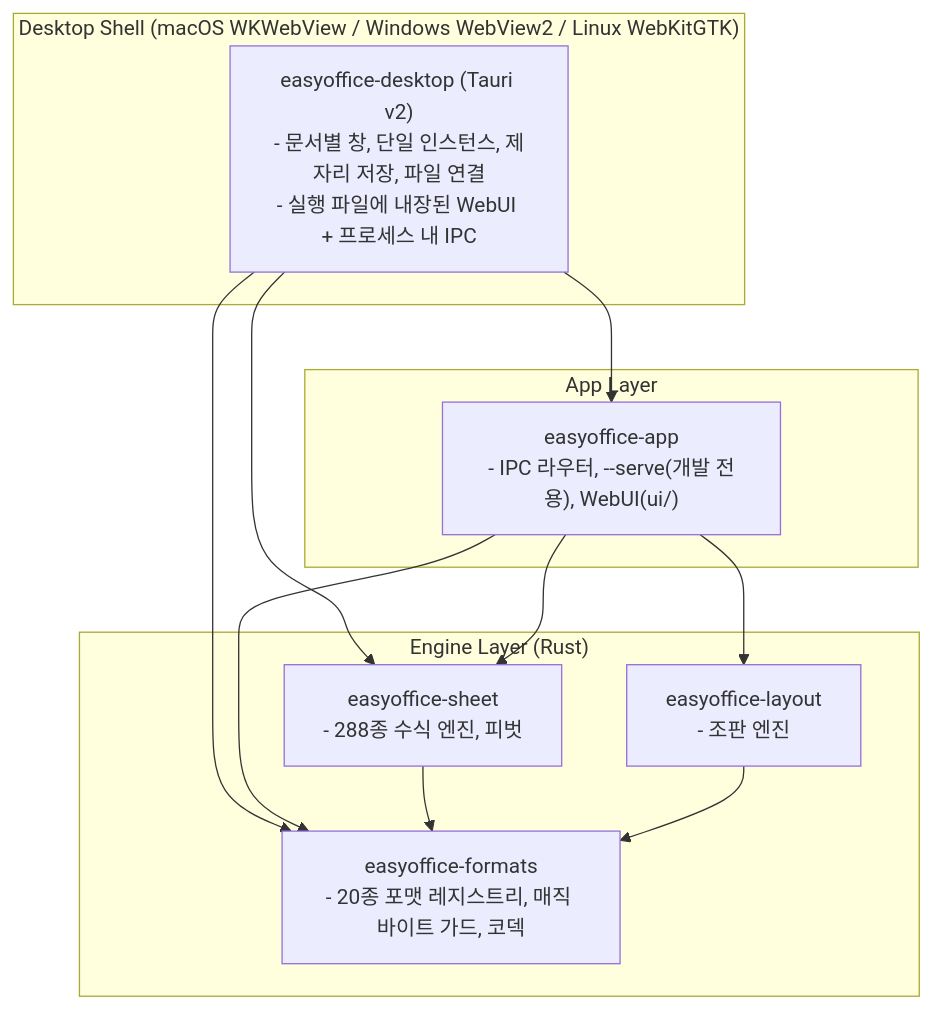
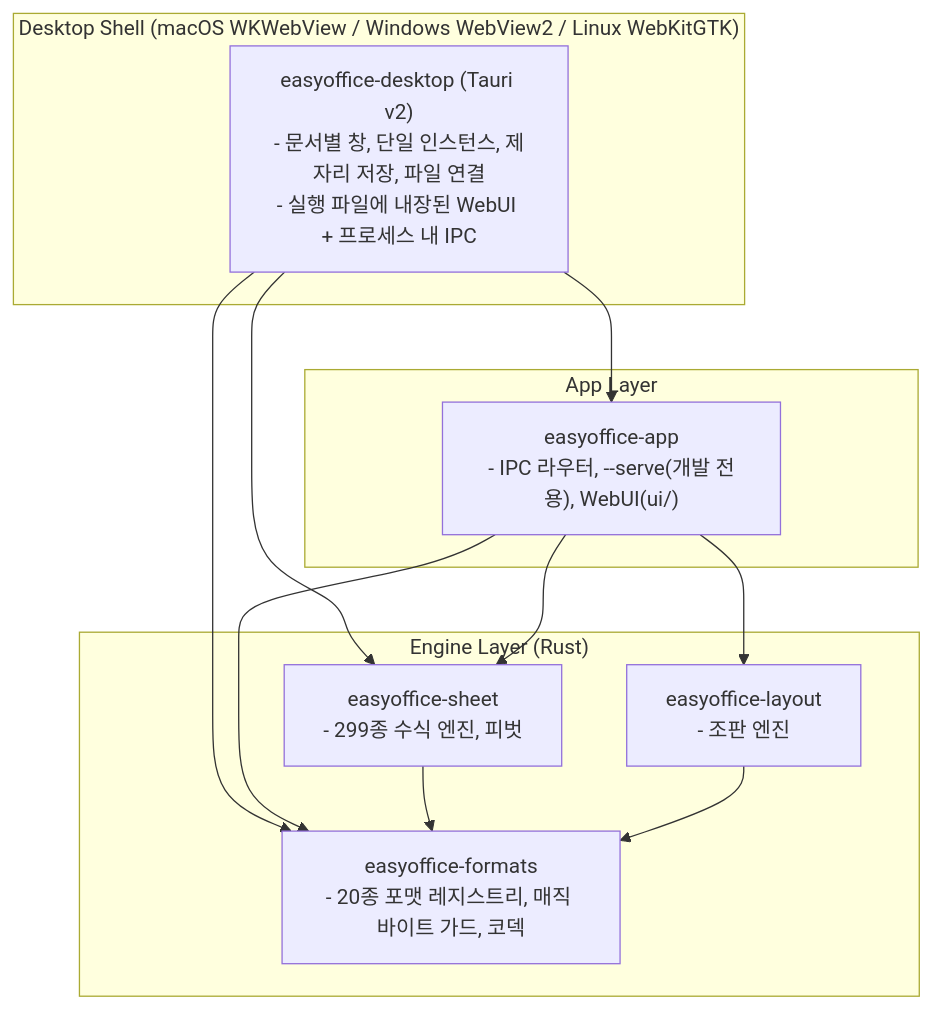
Before and after one commit to AquilaXk/easyoffice: the diagram in docs/architecture.md, drawn with Mermaid. The commit also changed 21 other files, not shown here.

````diff
--- a/docs/architecture.md
+++ b/docs/architecture.md
@@ -11,22 +11,22 @@
 ```mermaid
 flowchart TD
     subgraph ShellLayer["Desktop Shell (macOS WKWebView / Windows WebView2 / Linux WebKitGTK)"]
         Desktop["easyoffice-desktop (Tauri v2)\n- 문서별 창, 단일 인스턴스, 제자리 저장, 파일 연결\n- 실행 파일에 내장된 WebUI + 프로세스 내 IPC"]
     end
     subgraph AppLayer["App Layer"]
         App["easyoffice-app\n- IPC 라우터, --serve(개발 전용), WebUI(ui/)"]
     end
     subgraph CoreLayer["Engine Layer (Rust)"]
         Formats["easyoffice-formats\n- 20종 포맷 레지스트리, 매직 바이트 가드, 코덱"]
-        Sheet["easyoffice-sheet\n- 288종 수식 엔진, 피벗"]
+        Sheet["easyoffice-sheet\n- 299종 수식 엔진, 피벗"]
         Layout["easyoffice-layout\n- 조판 엔진"]
     end
     Desktop --> App
     Desktop --> Formats
     Desktop --> Sheet
     App --> Formats
     App --> Sheet
     App --> Layout
     Sheet --> Formats
     Layout --> Formats
 ```
````
